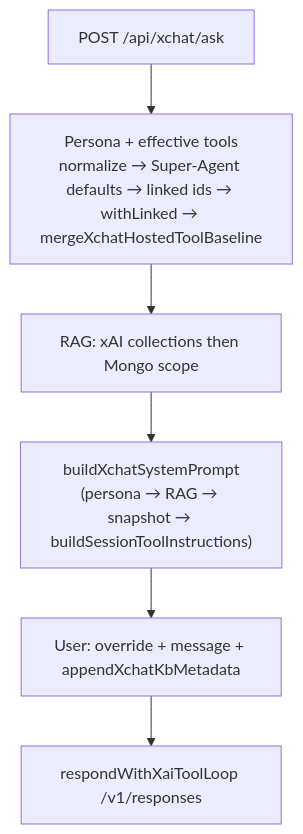
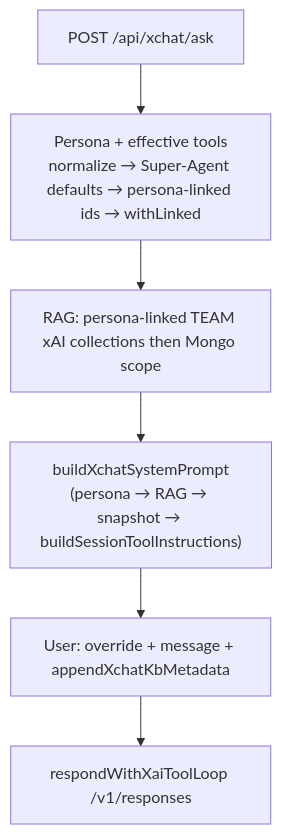
The diagram in atx-docs/xchat/xchat-tools-guide.md (devsecopstx/atx-trusted-advisor), drawn with Mermaid before and after one commit. The commit also changed other lines of this file and 15 other files, not shown here.

````diff
--- a/atx-docs/xchat/xchat-tools-guide.md
+++ b/atx-docs/xchat/xchat-tools-guide.md
@@ -15,8 +15,8 @@
 ```mermaid
 flowchart TD
-  A["POST /api/xchat/ask"] --> B["Persona + effective tools\nnormalize → Super-Agent defaults → linked ids → withLinked → mergeXchatHostedToolBaseline"]
-  B --> C["RAG: xAI collections then Mongo scope"]
+  A["POST /api/xchat/ask"] --> B["Persona + effective tools\nnormalize → Super-Agent defaults → persona-linked ids → withLinked"]
+  B --> C["RAG: persona-linked TEAM xAI collections then Mongo scope"]
   C --> D["buildXchatSystemPrompt\n(persona → RAG → snapshot → buildSessionToolInstructions)"]
   D --> E["User: override + message + appendXchatKbMetadata"]
   E --> F["respondWithXaiToolLoop /v1/responses"]
 ```
````
